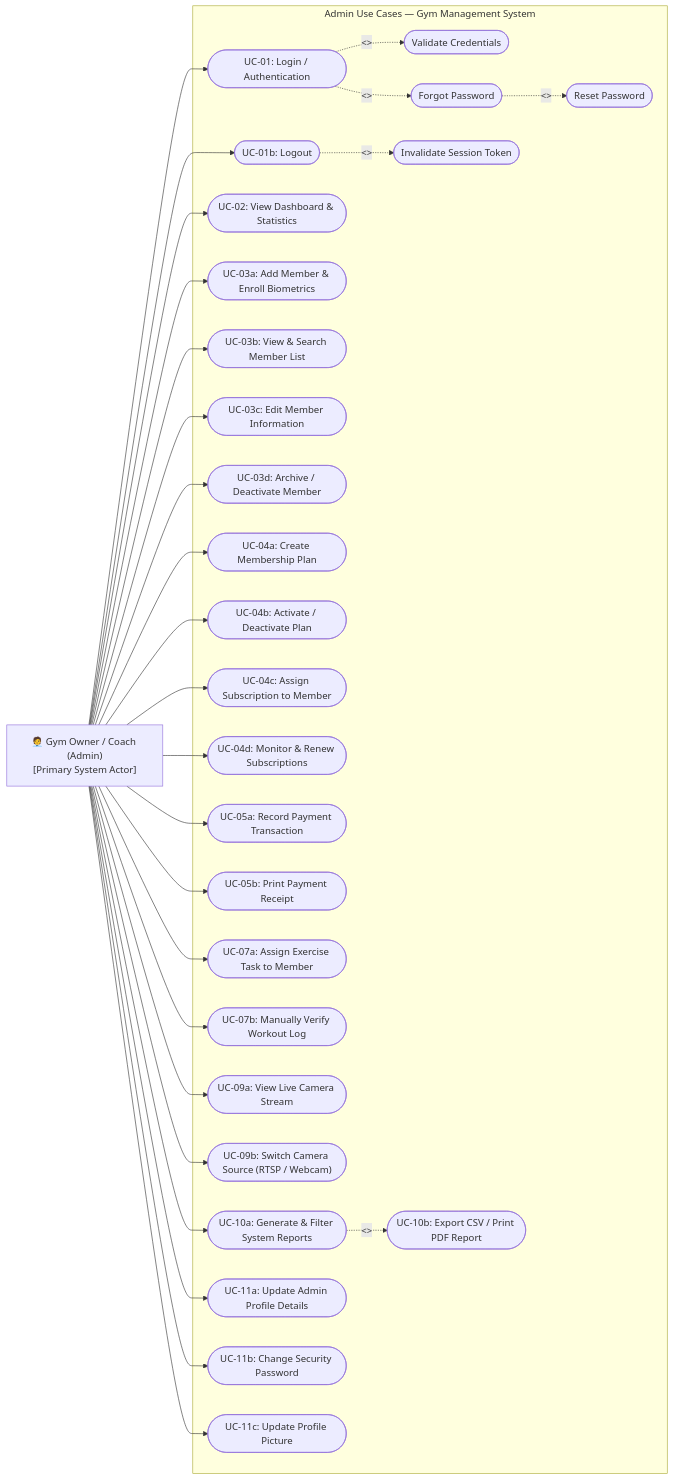
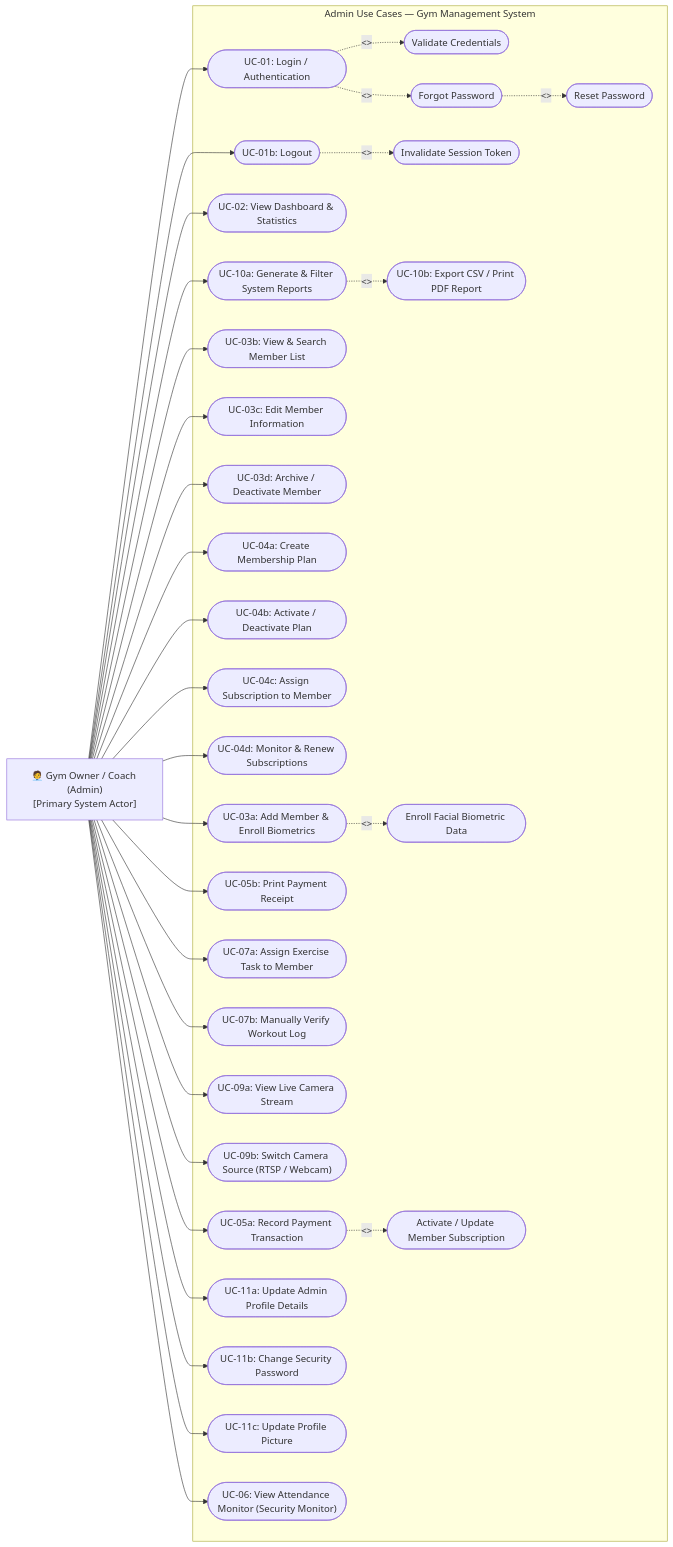
Before and after one commit to Plonteras191/GYM2-CAPSTONE: the second of 4 diagrams in DOCUMENTATION/USECASE DIAGRAM/usecase.md, drawn with Mermaid. The commit also changed other lines of this file and 7 other files, not shown here.

First line of the commit message:
docs: align all diagrams with manus.md manuscript (13 fixes across 5 diagrams)

````diff
--- a/DOCUMENTATION/USECASE DIAGRAM/usecase.md
+++ b/DOCUMENTATION/USECASE DIAGRAM/usecase.md
@@ -148,70 +148,76 @@
 ```mermaid
 flowchart LR
     Admin["🧑‍💼 Gym Owner / Coach (Admin)\n[Primary System Actor]"]
 
     subgraph AdminBoundary ["Admin Use Cases — Gym Management System"]
 
         A_Login(["UC-01: Login / Authentication"])
         A_ValCred(["Validate Credentials"])
         A_Forgot(["Forgot Password"])
         A_ResetPass(["Reset Password"])
         A_Logout(["UC-01b: Logout"])
         A_InvSess(["Invalidate Session Token"])
 
         A_Dash(["UC-02: View Dashboard & Statistics"])
 
         A_AddMem(["UC-03a: Add Member & Enroll Biometrics"])
         A_ViewMem(["UC-03b: View & Search Member List"])
         A_UpdateMem(["UC-03c: Edit Member Information"])
         A_DeleteMem(["UC-03d: Archive / Deactivate Member"])
 
         A_AddPlan(["UC-04a: Create Membership Plan"])
         A_TogglePlan(["UC-04b: Activate / Deactivate Plan"])
         A_AddSub(["UC-04c: Assign Subscription to Member"])
         A_ManageSub(["UC-04d: Monitor & Renew Subscriptions"])
 
         A_RecordPay(["UC-05a: Record Payment Transaction"])
         A_PrintReceipt(["UC-05b: Print Payment Receipt"])
 
         A_AssignTask(["UC-07a: Assign Exercise Task to Member"])
         A_ManualVerify(["UC-07b: Manually Verify Workout Log"])
 
         A_ViewLive(["UC-09a: View Live Camera Stream"])
         A_SwitchCam(["UC-09b: Switch Camera Source (RTSP / Webcam)"])
 
         A_GenRep(["UC-10a: Generate & Filter System Reports"])
         A_ExportRep(["UC-10b: Export CSV / Print PDF Report"])
 
         A_UpdateProf(["UC-11a: Update Admin Profile Details"])
         A_ChangePass(["UC-11b: Change Security Password"])
         A_UpdPhoto(["UC-11c: Update Profile Picture"])
+        A_ViewAtt(["UC-06: View Attendance Monitor (Security Monitor)"])
+        A_EnrollBio(["Enroll Facial Biometric Data"])
+        A_ActivateSub(["Activate / Update Member Subscription"])
 
         A_Login -.->|"<<include>>"| A_ValCred
         A_Login -.->|"<<extend>>"| A_Forgot
         A_Forgot -.->|"<<include>>"| A_ResetPass
         A_Logout -.->|"<<include>>"| A_InvSess
         A_GenRep -.->|"<<include>>"| A_ExportRep
+        A_AddMem -.->|"<<include>>"| A_EnrollBio
+        A_RecordPay -.->|"<<include>>"| A_ActivateSub
     end
 
     Admin --> A_Login
     Admin --> A_Logout
     Admin --> A_Dash
     Admin --> A_AddMem
     Admin --> A_ViewMem
     Admin --> A_UpdateMem
     Admin --> A_DeleteMem
     Admin --> A_AddPlan
     Admin --> A_TogglePlan
     Admin --> A_AddSub
     Admin --> A_ManageSub
     Admin --> A_RecordPay
     Admin --> A_PrintReceipt
     Admin --> A_AssignTask
     Admin --> A_ManualVerify
     Admin --> A_ViewLive
     Admin --> A_SwitchCam
     Admin --> A_GenRep
     Admin --> A_UpdateProf
     Admin --> A_ChangePass
     Admin --> A_UpdPhoto
+    Admin --> A_ViewAtt
 ```
````
